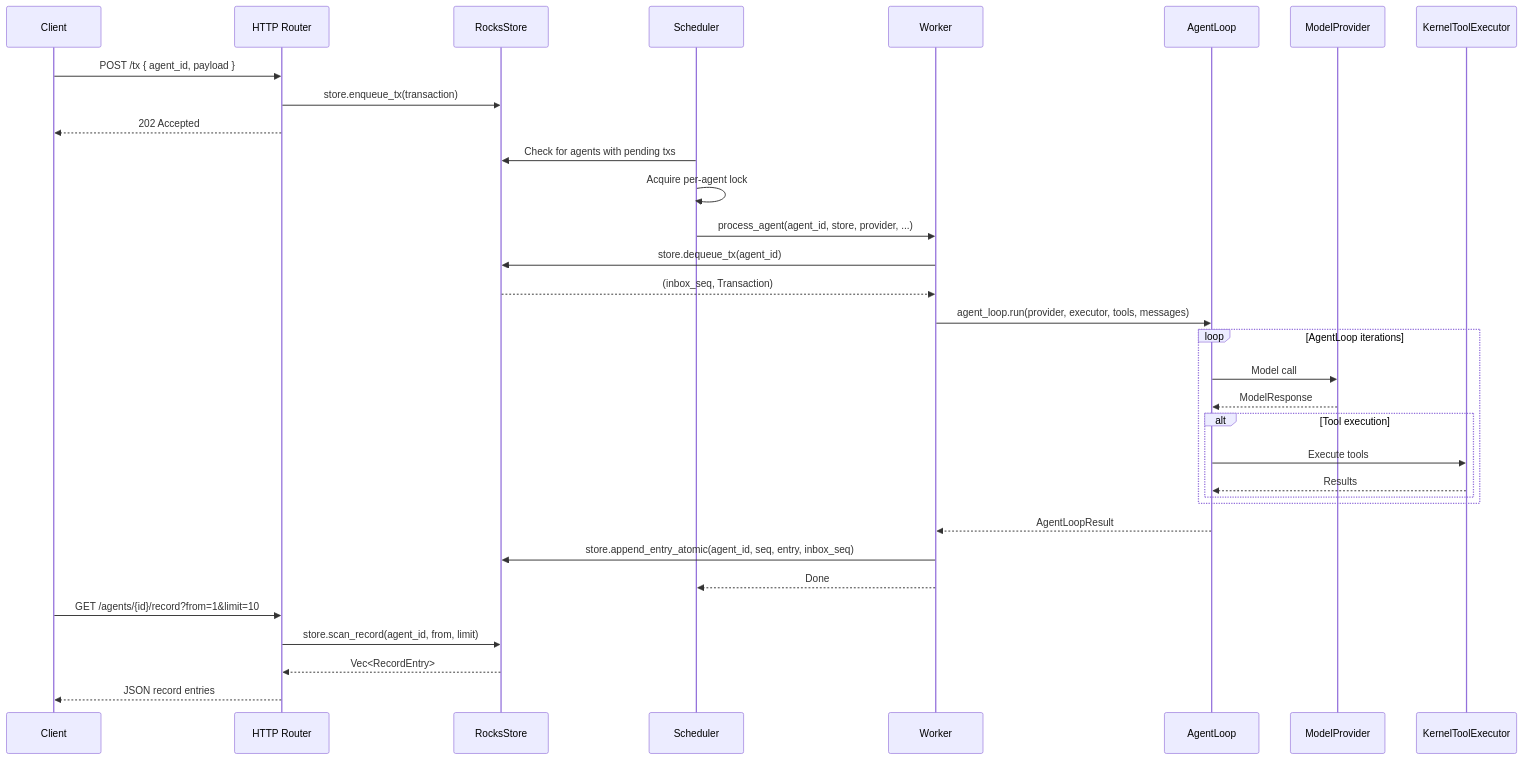
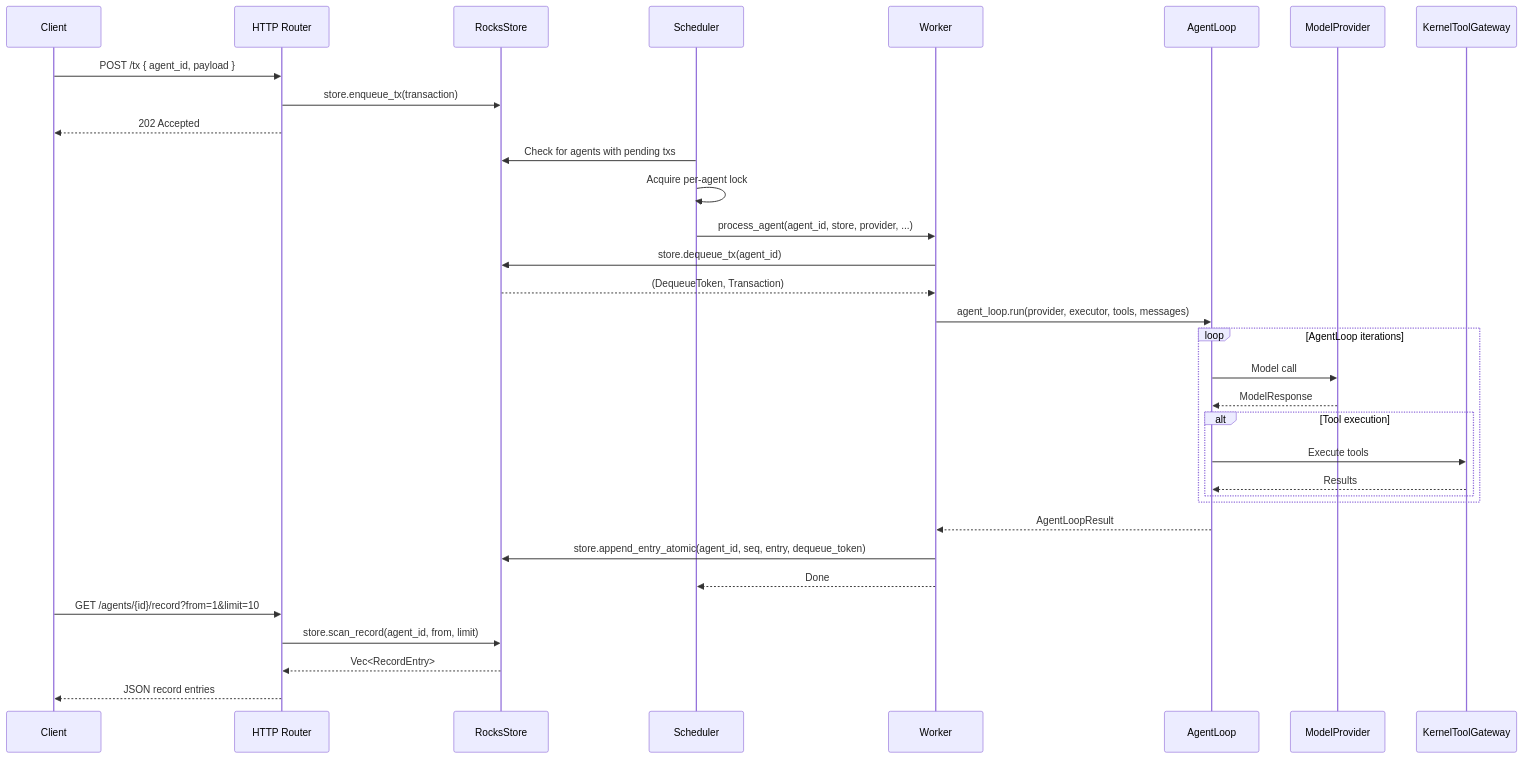
Before and after one commit to cypher-asi/aura-harness: the sixth of 9 diagrams in docs/architecture.md, drawn with Mermaid. The commit also changed other lines of this file and 3 other files, not shown here.

First line of the commit message:
docs: update architecture, README, and add invariants doc

````diff
--- a/docs/architecture.md
+++ b/docs/architecture.md
@@ -578,41 +713,41 @@
 ```mermaid
 sequenceDiagram
     participant Client
     participant Router as HTTP Router
     participant Store as RocksStore
     participant Sched as Scheduler
     participant Worker
     participant AL as AgentLoop
     participant MP as ModelProvider
-    participant KTE as KernelToolExecutor
+    participant KTG as KernelToolGateway
 
     Client->>Router: POST /tx { agent_id, payload }
     Router->>Store: store.enqueue_tx(transaction)
     Router-->>Client: 202 Accepted
 
     Sched->>Store: Check for agents with pending txs
     Sched->>Sched: Acquire per-agent lock
     Sched->>Worker: process_agent(agent_id, store, provider, ...)
 
     Worker->>Store: store.dequeue_tx(agent_id)
-    Store-->>Worker: (inbox_seq, Transaction)
+    Store-->>Worker: (DequeueToken, Transaction)
     Worker->>AL: agent_loop.run(provider, executor, tools, messages)
 
     loop AgentLoop iterations
         AL->>MP: Model call
         MP-->>AL: ModelResponse
         alt Tool execution
-            AL->>KTE: Execute tools
-            KTE-->>AL: Results
+            AL->>KTG: Execute tools
+            KTG-->>AL: Results
         end
     end
 
     AL-->>Worker: AgentLoopResult
-    Worker->>Store: store.append_entry_atomic(agent_id, seq, entry, inbox_seq)
+    Worker->>Store: store.append_entry_atomic(agent_id, seq, entry, dequeue_token)
     Worker-->>Sched: Done
 
     Client->>Router: GET /agents/{id}/record?from=1&limit=10
     Router->>Store: store.scan_record(agent_id, from, limit)
     Store-->>Router: Vec<RecordEntry>
     Router-->>Client: JSON record entries
 ```
````
